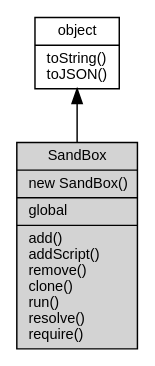
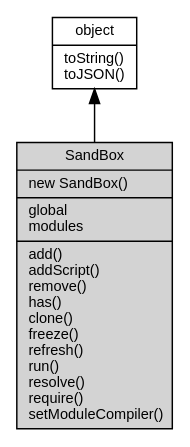
Before and after one commit to fibjs/fibjs.org: the diagram in docs/manual/object/ifs/SandBox.md, drawn with Graphviz. The commit also changed other lines of this file and 31 other files, not shown here.

````diff
--- a/docs/manual/object/ifs/SandBox.md
+++ b/docs/manual/object/ifs/SandBox.md
@@ -18,10 +18,10 @@
 ```dot
 digraph {
     node [fontname="Helvetica,sans-Serif", fontsize=10, shape="record", style="filled", fillcolor="white"];
 
     object [tooltip="object", URL="object.md", label="{object|toString()\ltoJSON()\l}"];
-    SandBox [tooltip="SandBox", fillcolor="lightgray", id="me", label="{SandBox|new SandBox()\l|global\l|add()\laddScript()\lremove()\lclone()\lrun()\lresolve()\lrequire()\l}"];
+    SandBox [tooltip="SandBox", fillcolor="lightgray", id="me", label="{SandBox|new SandBox()\l|global\lmodules\l|add()\laddScript()\lremove()\lhas()\lclone()\lfreeze()\lrefresh()\lrun()\lresolve()\lrequire()\lsetModuleCompiler()\l}"];
 
     object -> SandBox [dir=back];
 }
 ```
````
